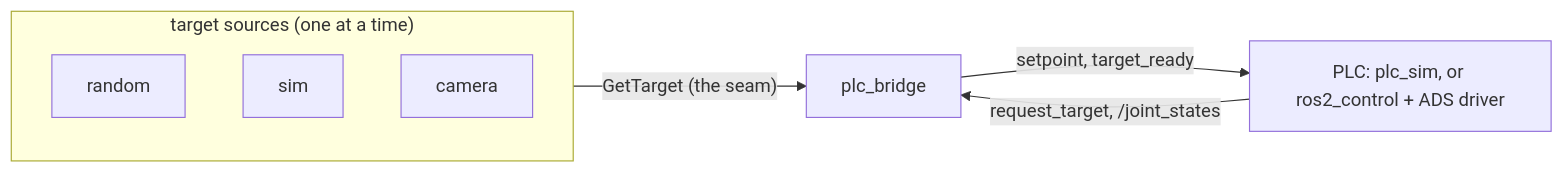
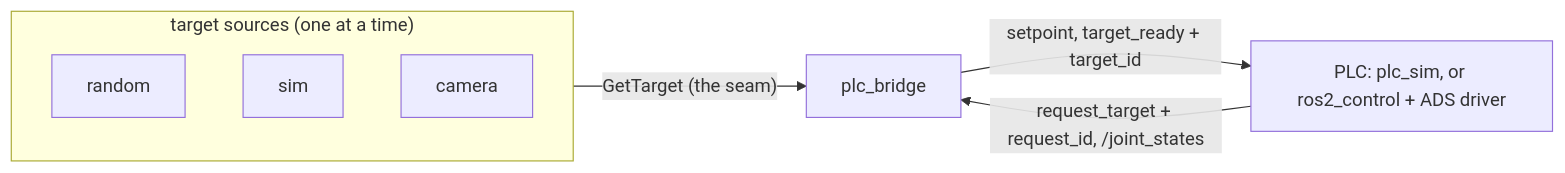
Before and after one commit to COREMATIC/ros2-plc-seam: the diagram in README.md, drawn with Mermaid. The commit also changed other lines of this file and 6 other files, not shown here.

First line of the commit message:
feat: number each request so the PLC only accepts the matching target

````diff
--- a/README.md
+++ b/README.md
@@ -63,11 +63,11 @@
 ```mermaid
 flowchart LR
     subgraph sources["target sources (one at a time)"]
         R[random]
         S[sim]
         C[camera]
     end
     sources -- "GetTarget (the seam)" --> B[plc_bridge]
-    B -- "setpoint, target_ready" --> P["PLC: plc_sim, or ros2_control + ADS driver"]
-    P -- "request_target, /joint_states" --> B
+    B -- "setpoint, target_ready + target_id" --> P["PLC: plc_sim, or ros2_control + ADS driver"]
+    P -- "request_target + request_id, /joint_states" --> B
 ```
````
